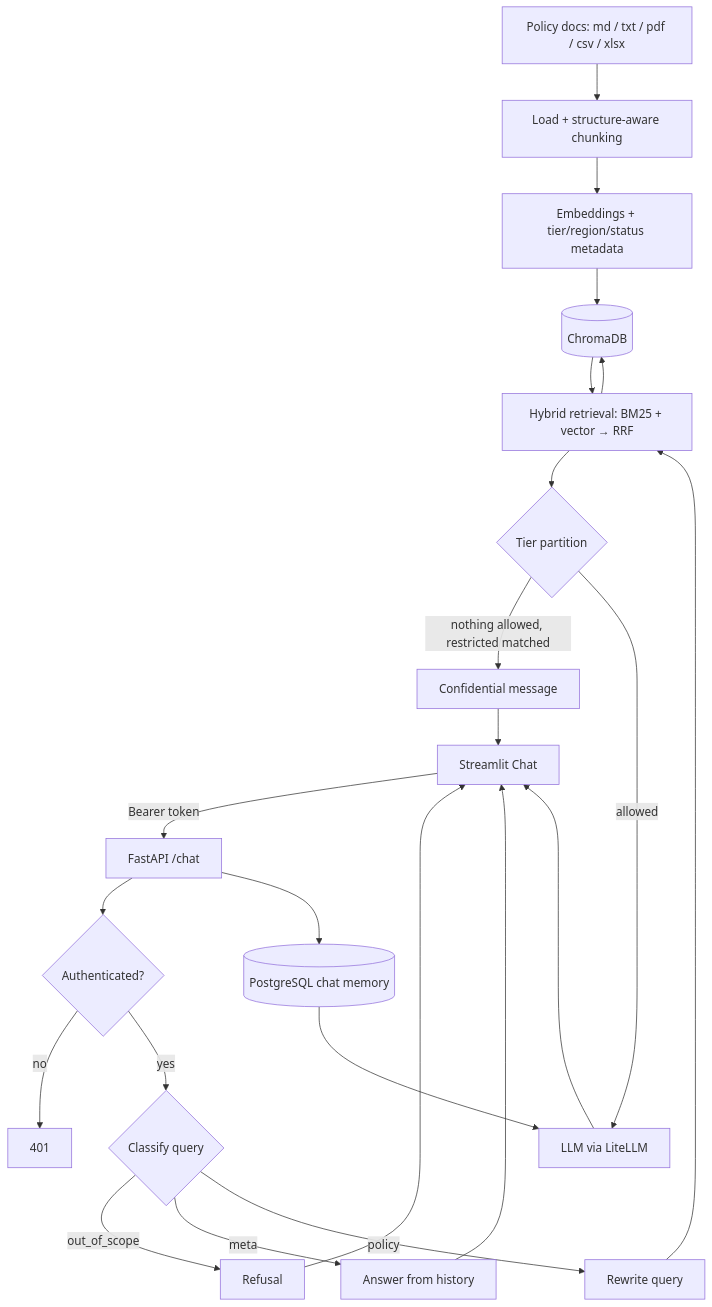
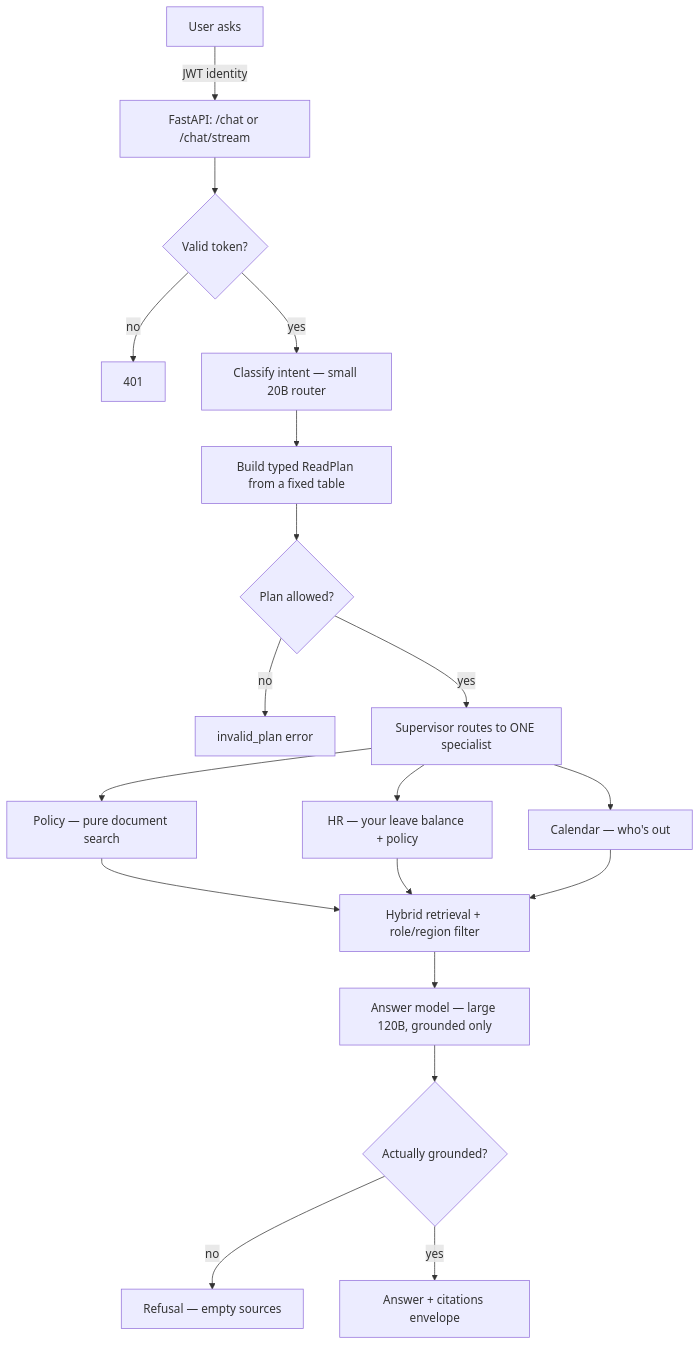
One commit to HardityaGhuman/aria changed the first of 2 diagrams in README.md. Above: the diagram before and after it, drawn with Mermaid. The commit also changed other lines of this file and 3 other files, not shown here.

First line of the commit message:
docs: rewrite README to current architecture; untrack ARCHITECTURE.md + PROGRESS.md

````diff
--- a/README.md
+++ b/README.md
@@ -115,25 +37,21 @@
 ```mermaid
 flowchart TD
-    A[Policy docs: md / txt / pdf / csv / xlsx] --> B[Load + structure-aware chunking]
-    B --> C[Embeddings + tier/region/status metadata]
-    C --> D[(ChromaDB)]
-
-    E[Streamlit Chat] -->|Bearer token| F[FastAPI /chat]
-    F --> G{Authenticated?}
-    G -->|no| U[401]
-    G -->|yes| R{Classify query}
-    R -->|out_of_scope| X[Refusal]
-    R -->|meta| M[Answer from history]
-    R -->|policy| Q[Rewrite query] --> H[Hybrid retrieval: BM25 + vector → RRF]
-    H --> D
-    D --> H
-    H --> PT{Tier partition}
-    PT -->|nothing allowed, restricted matched| CF[Confidential message]
-    PT -->|allowed| L[LLM via LiteLLM]
-    F --> P[(PostgreSQL chat memory)]
-    P --> L
-    L --> E
-    M --> E
-    X --> E
-    CF --> E
+    U[User asks] -->|JWT identity| API[FastAPI: /chat or /chat/stream]
+    API --> AUTH{Valid token?}
+    AUTH -->|no| E401[401]
+    AUTH -->|yes| CL[Classify intent — small 20B router]
+    CL --> PLAN[Build typed ReadPlan from a fixed table]
+    PLAN --> VAL{Plan allowed?}
+    VAL -->|no| ERR[invalid_plan error]
+    VAL -->|yes| SUP[Supervisor routes to ONE specialist]
+    SUP --> POL[Policy — pure document search]
+    SUP --> HRS[HR — your leave balance + policy]
+    SUP --> CAL[Calendar — who's out]
+    POL --> RET[Hybrid retrieval + role/region filter]
+    HRS --> RET
+    CAL --> RET
+    RET --> ANS[Answer model — large 120B, grounded only]
+    ANS --> GUARD{Actually grounded?}
+    GUARD -->|no| REF[Refusal — empty sources]
+    GUARD -->|yes| OUT[Answer + citations envelope]
 ```
````
